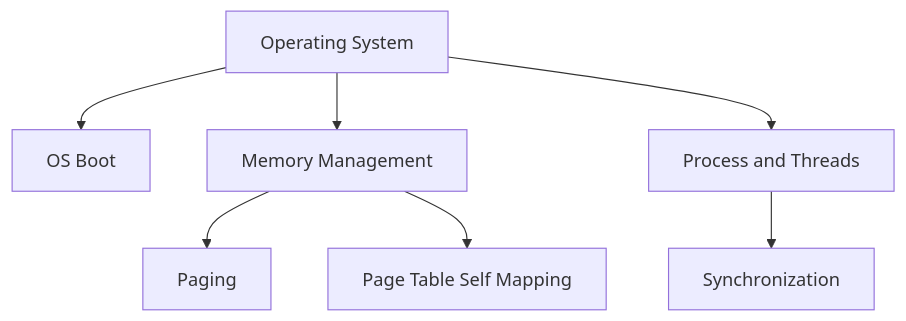
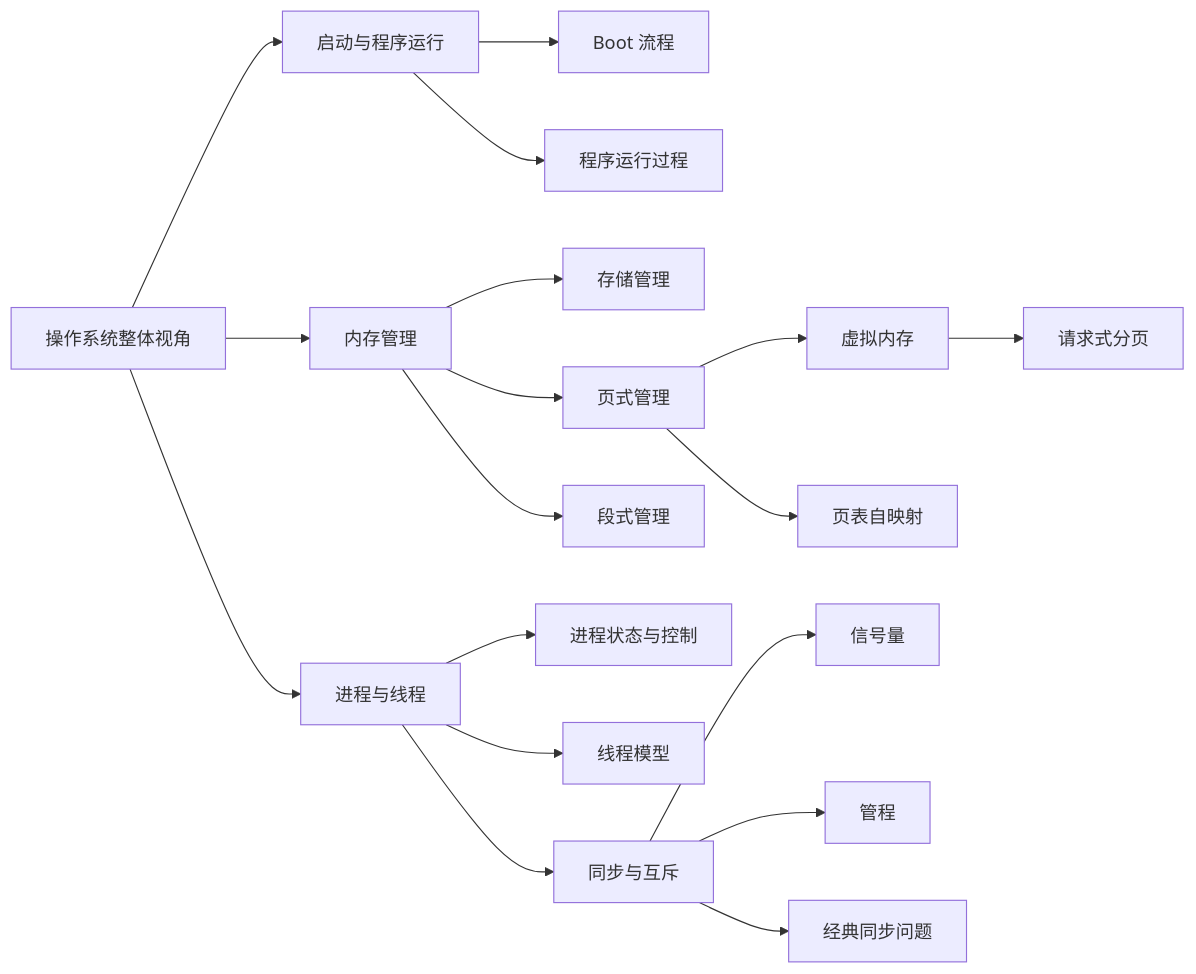
Before and after one commit to rippor911/os-easy-note: the diagram in docs/knowledge-map.md, drawn with Mermaid. The commit also changed other lines of this file and 27 other files, not shown here.

````diff
--- a/docs/knowledge-map.md
+++ b/docs/knowledge-map.md
@@ -10,9 +14,24 @@
 ```mermaid
-flowchart TD
-  OS[Operating System] --> Boot[OS Boot]
-  OS --> Memory[Memory Management]
-  OS --> Process[Process and Threads]
-  Memory --> Paging[Paging]
-  Memory --> SelfMapping[Page Table Self Mapping]
-  Process --> Sync[Synchronization]
+flowchart LR
+  OS[操作系统整体视角]
+  OS --> Boot[启动与程序运行]
+  OS --> Memory[内存管理]
+  OS --> Process[进程与线程]
+
+  Boot --> BootFlow[Boot 流程]
+  Boot --> ProgramRun[程序运行过程]
+
+  Memory --> Storage[存储管理]
+  Memory --> Paging[页式管理]
+  Memory --> Segment[段式管理]
+  Paging --> Virtual[虚拟内存]
+  Virtual --> Demand[请求式分页]
+  Paging --> SelfMap[页表自映射]
+
+  Process --> State[进程状态与控制]
+  Process --> Thread[线程模型]
+  Process --> Sync[同步与互斥]
+  Sync --> Semaphore[信号量]
+  Sync --> Monitor[管程]
+  Sync --> Classic[经典同步问题]
 ```
````
